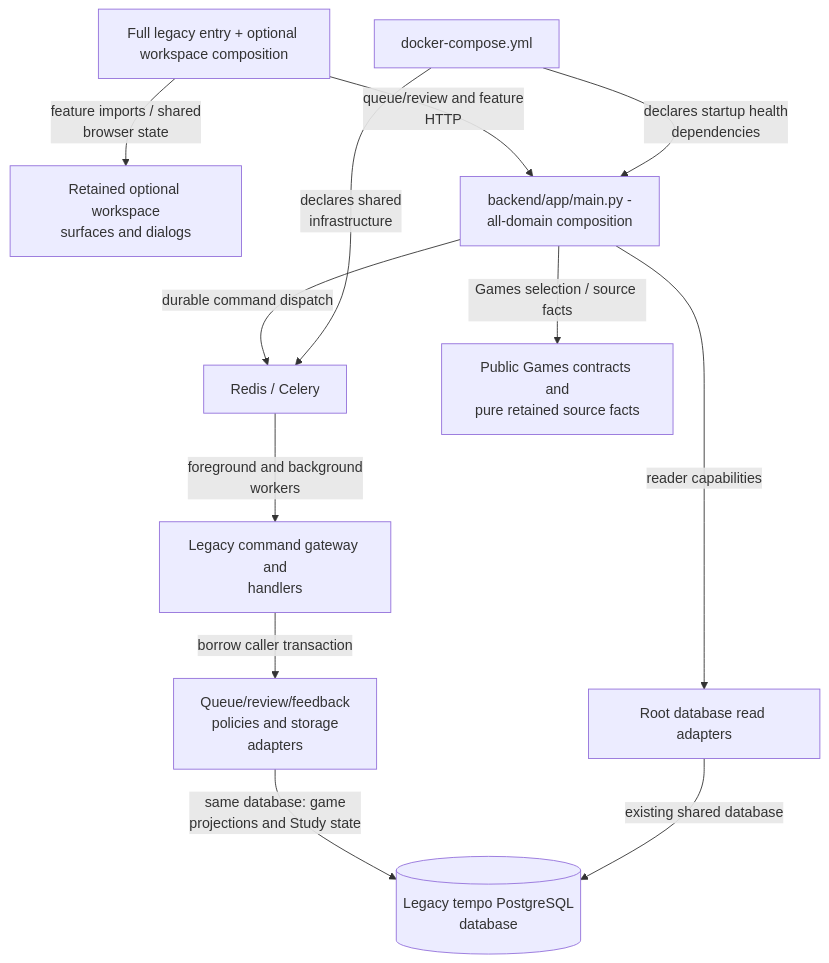
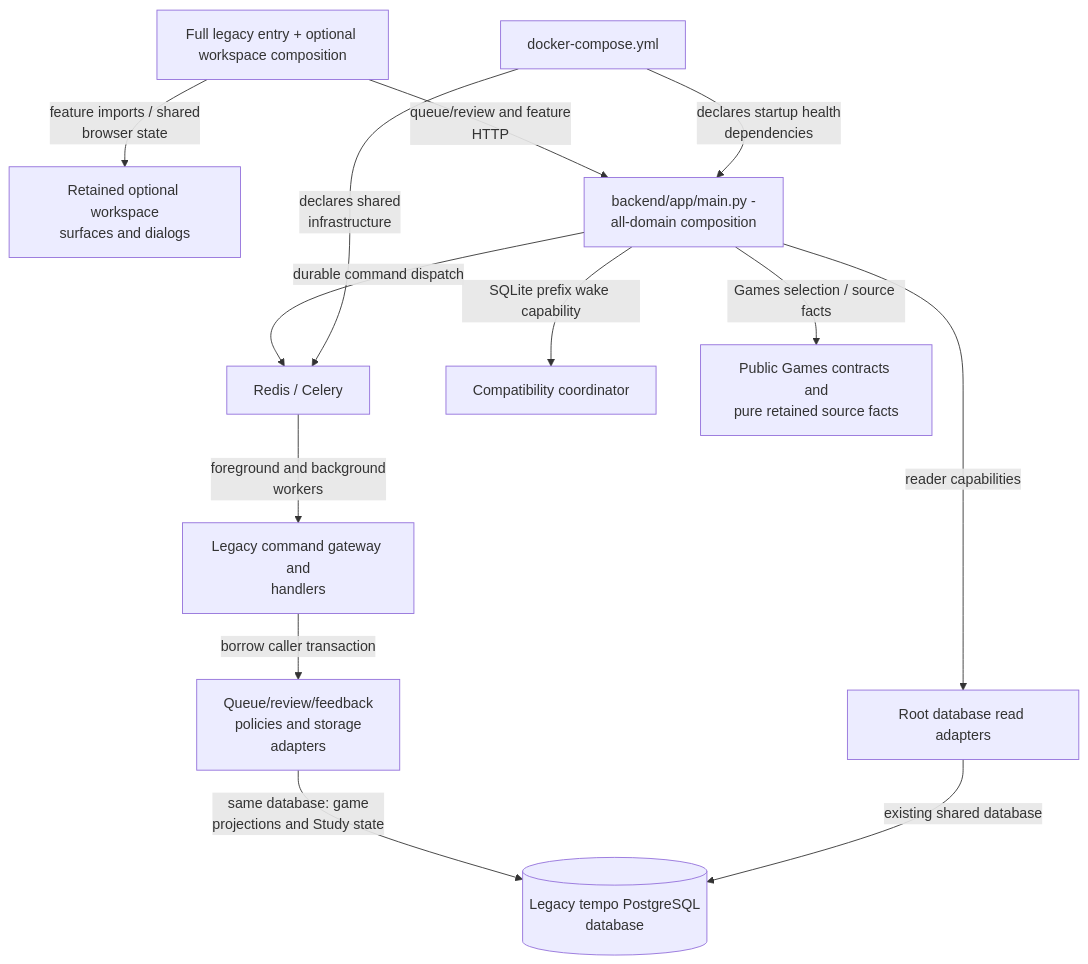
One commit to aaweaver-actuary/tempo changed the diagram in backend/README.md. Above: the diagram before and after it, drawn with Mermaid. The commit also changed 3 other files, not shown here.

Commit message:
Inject canonical prefix compatibility wake

````diff
--- a/backend/README.md
+++ b/backend/README.md
@@ -22,14 +22,15 @@
 ```mermaid
 flowchart TB
   Home["Full legacy entry + optional workspace composition"] -->|"feature imports / shared<br/>browser state"| Views["Retained optional workspace<br/>surfaces and dialogs"]
   Home -->|"queue/review and feature<br/>HTTP"| API["backend/app/main.py -<br/>all-domain composition"]
   API -->|"durable command dispatch"| Broker["Redis / Celery"]
   Broker -->|"foreground and background<br/>workers"| Commands["Legacy command gateway and<br/>handlers"]
   Commands -->|"borrow caller transaction"| Policy["Queue/review/feedback<br/>policies and storage<br/>adapters"]
   Policy -->|"same database: game<br/>projections and Study state"| DB[("Legacy tempo PostgreSQL<br/>database")]
+  API -->|"SQLite prefix wake capability"| Compat["Compatibility coordinator"]
   API -->|"Games selection / source facts"| Facts["Public Games contracts and<br/>pure retained source facts"]
   API -->|"reader capabilities"| ReadStorage["Root database read adapters"]
   ReadStorage -->|"existing shared database"| DB
   Compose["docker-compose.yml"] -->|"declares startup health<br/>dependencies"| API
   Compose -->|"declares shared<br/>infrastructure"| Broker
 ```
````
